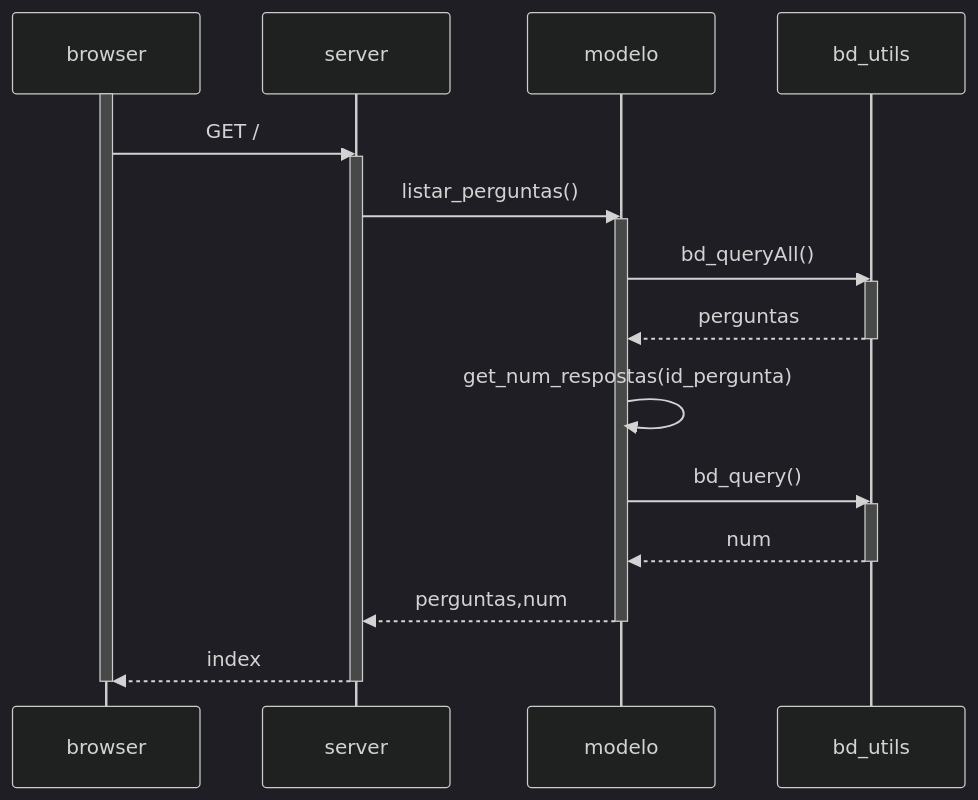
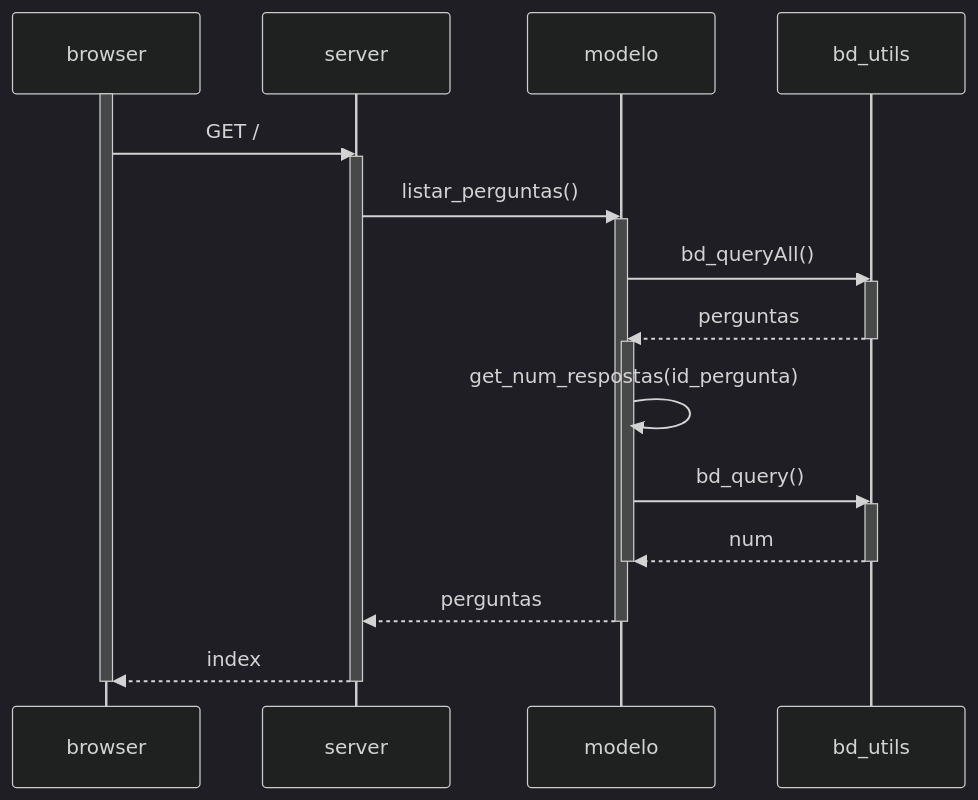
One commit to mtov/esmforum changed the first of 3 diagrams in docs/uml.md. Above: the diagram before and after it, drawn with Mermaid (dark theme).

````diff
--- a/docs/uml.md
+++ b/docs/uml.md
@@ -5,22 +5,24 @@
 ```mermaid
     sequenceDiagram
         activate browser
 	browser->>server: GET / 
         activate server
         server->>modelo: listar_perguntas()
         activate modelo
         modelo->>bd_utils: bd_queryAll()
         activate bd_utils
         bd_utils-->>modelo: perguntas
         deactivate bd_utils
+	activate modelo
 	modelo->>modelo: get_num_respostas(id_pergunta)
 	modelo->>bd_utils: bd_query()
         activate bd_utils
         bd_utils-->>modelo: num
         deactivate bd_utils
-        modelo-->>server: perguntas,num
+	deactivate modelo
+        modelo-->>server: perguntas
         deactivate modelo
 	server-->>browser: index
 	deactivate server
 	deactivate browser
 ```	
````
